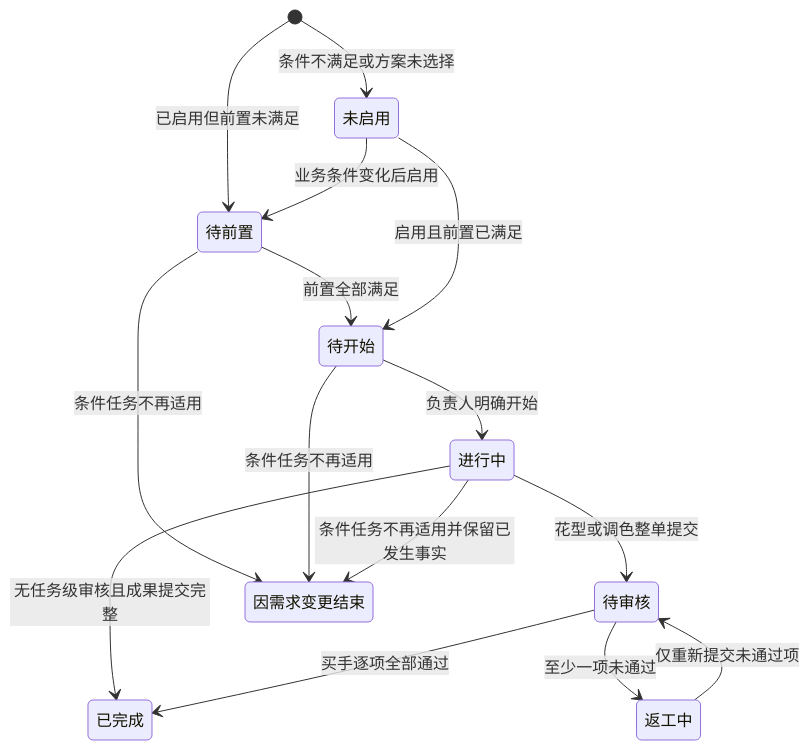
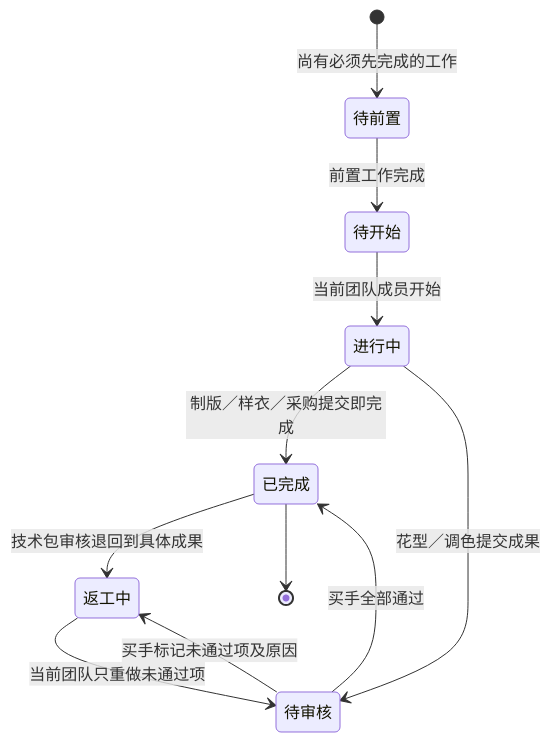
The third of 5 diagrams in docs/product-design/PCS生产工程管理总体设计文档.md (laoertongxue/higoods), drawn with Mermaid before and after one commit. The commit also changed other lines of this file and 61 other files, not shown here.

````diff
--- a/docs/product-design/PCS生产工程管理总体设计文档.md
+++ b/docs/product-design/PCS生产工程管理总体设计文档.md
@@ -420,17 +191,13 @@
 ```mermaid
 stateDiagram-v2
-    [*] --> 未启用: 条件不满足或方案未选择
-    [*] --> 待前置: 已启用但前置未满足
-    待前置 --> 待开始: 前置全部满足
-    待开始 --> 进行中: 负责人明确开始
-    进行中 --> 已完成: 无任务级审核且成果提交完整
-    进行中 --> 待审核: 花型或调色整单提交
-    待审核 --> 已完成: 买手逐项全部通过
-    待审核 --> 返工中: 至少一项未通过
-    返工中 --> 待审核: 仅重新提交未通过项
-    未启用 --> 待前置: 业务条件变化后启用
-    未启用 --> 待开始: 启用且前置已满足
-    待前置 --> 因需求变更结束: 条件任务不再适用
-    待开始 --> 因需求变更结束: 条件任务不再适用
-    进行中 --> 因需求变更结束: 条件任务不再适用并保留已发生事实
+  [*] --> 待前置: 尚有必须先完成的工作
+  待前置 --> 待开始: 前置工作完成
+  待开始 --> 进行中: 当前团队成员开始
+  进行中 --> 已完成: 制版／样衣／采购提交即完成
+  进行中 --> 待审核: 花型／调色提交成果
+  待审核 --> 已完成: 买手全部通过
+  待审核 --> 返工中: 买手标记未通过项及原因
+  返工中 --> 待审核: 当前团队只重做未通过项
+  已完成 --> 返工中: 技术包审核退回到具体成果
+  已完成 --> [*]
 ```
````
